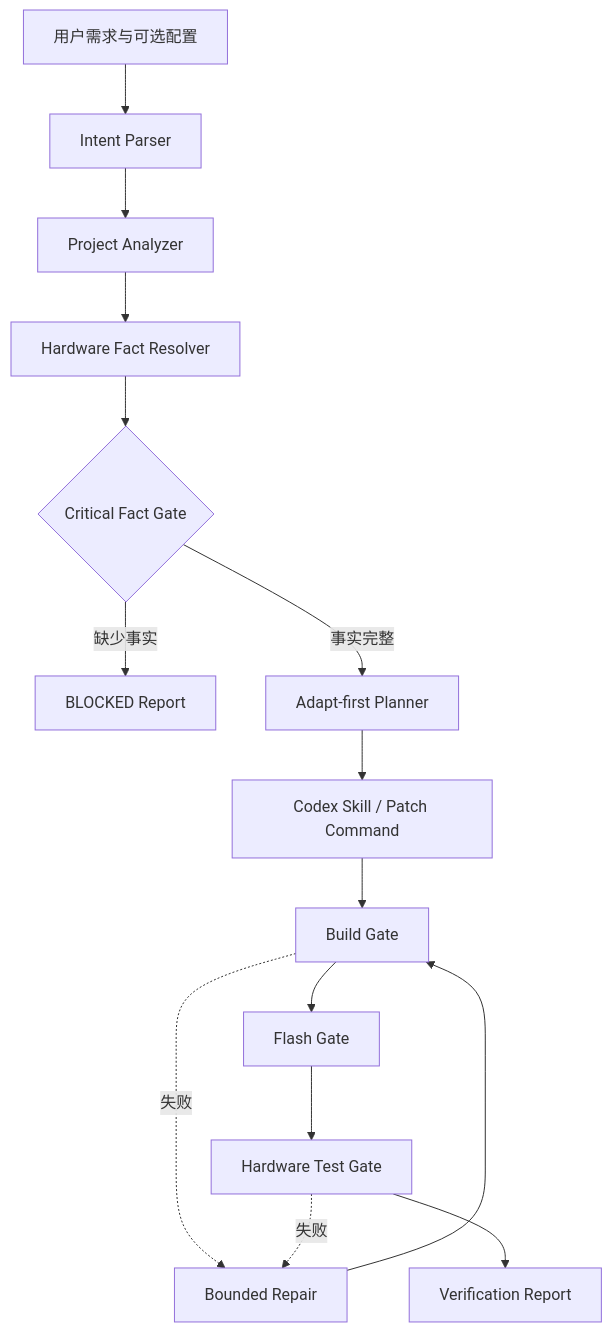
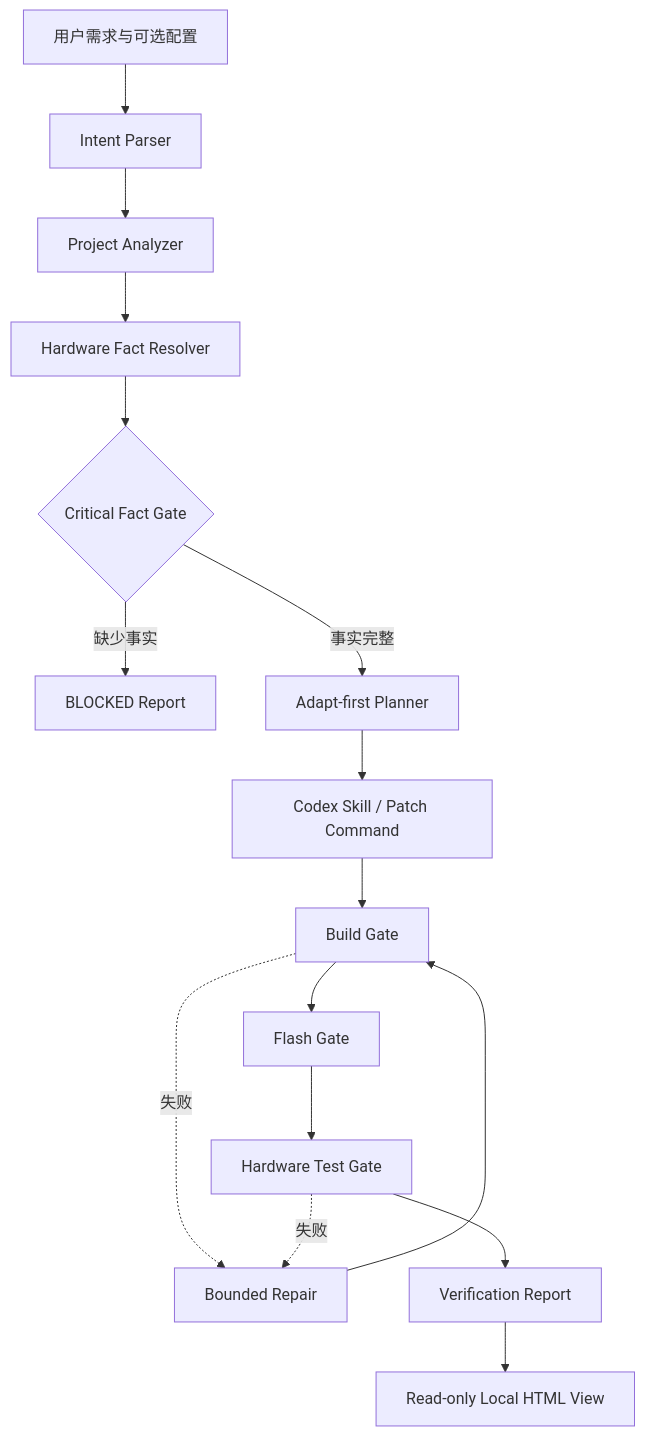
Before and after one commit to Luyuan3014/DriveForge: the diagram in docs/architecture.md, drawn with Mermaid. The commit also changed other lines of this file and 11 other files, not shown here.

First line of the commit message:
feat(viewer): add read-only workflow report

````diff
--- a/docs/architecture.md
+++ b/docs/architecture.md
@@ -16,17 +16,18 @@
 ```mermaid
 flowchart TD
     A[用户需求与可选配置] --> B[Intent Parser]
     B --> C[Project Analyzer]
     C --> D[Hardware Fact Resolver]
     D --> E{Critical Fact Gate}
     E -- 缺少事实 --> F[BLOCKED Report]
     E -- 事实完整 --> G[Adapt-first Planner]
     G --> H[Codex Skill / Patch Command]
     H --> I[Build Gate]
     I --> J[Flash Gate]
     J --> K[Hardware Test Gate]
     I -.失败.-> L[Bounded Repair]
     K -.失败.-> L
     L --> I
     K --> M[Verification Report]
+    M --> N[Read-only Local HTML View]
 ```
````
